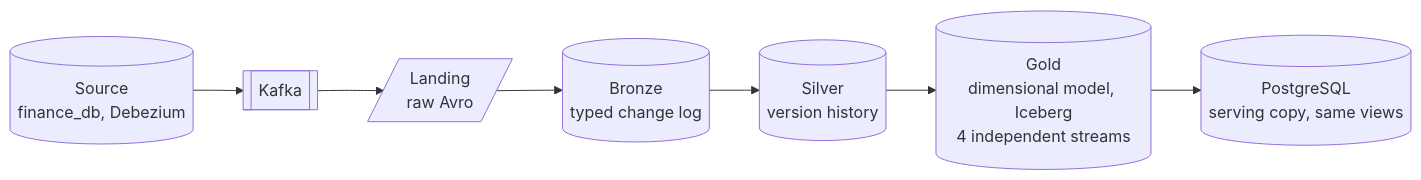
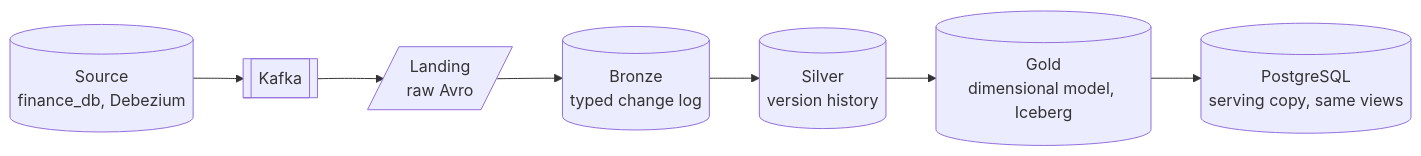
Before and after one commit to jonathan5p/deel-home-task: the diagram in docs/lakehouse/index.md, drawn with Mermaid. The commit also changed 3 other files, not shown here.

Commit message:
docs: say every layer streams one query per table instead of singling out gold

````diff
--- a/docs/lakehouse/index.md
+++ b/docs/lakehouse/index.md
@@ -5,9 +5,9 @@
 ```mermaid
 flowchart LR
     source[("Source<br/>finance_db, Debezium")] --> kafka[["Kafka"]]
     kafka --> landing[/"Landing<br/>raw Avro"/]
     landing --> bronze[("Bronze<br/>typed change log")]
     bronze --> silver[("Silver<br/>version history")]
-    silver --> gold[("Gold<br/>dimensional model, Iceberg<br/>4 independent streams")]
+    silver --> gold[("Gold<br/>dimensional model, Iceberg")]
     gold --> serving[("PostgreSQL<br/>serving copy, same views")]
 ```
````
